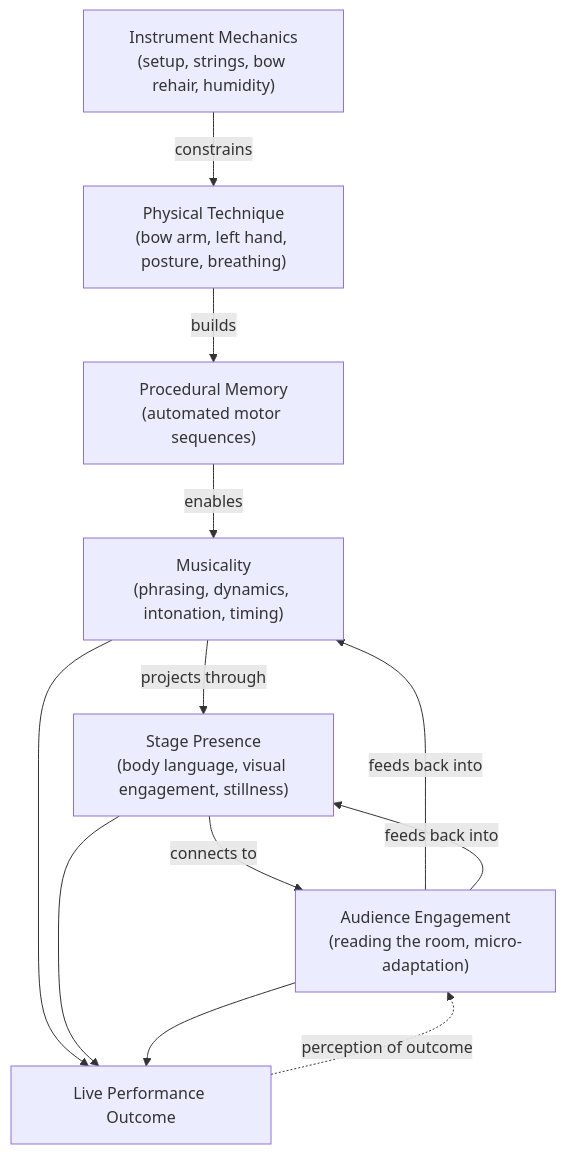
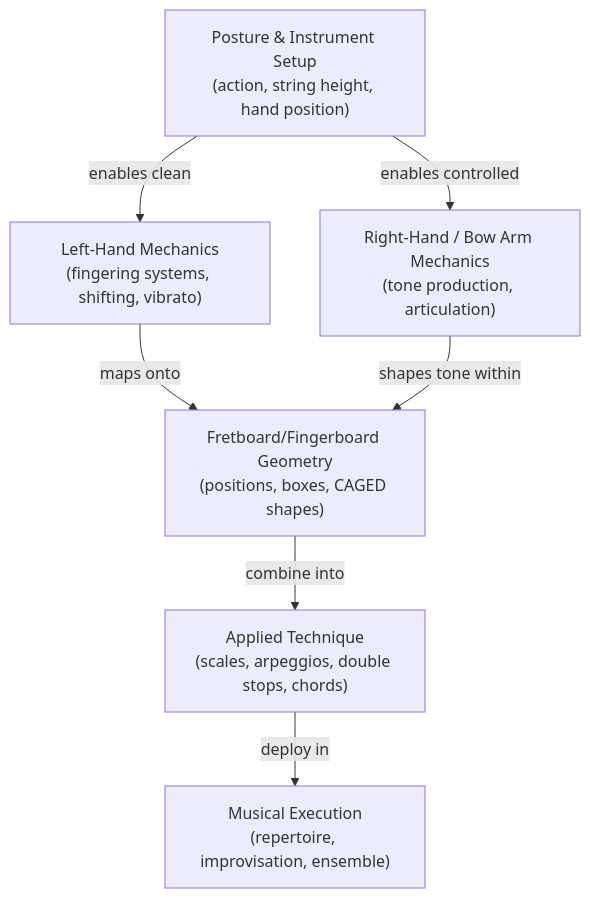
Before and after one commit to blebleblee/synapse: the diagram in topics/arts/music_performance/strings/lesson_04_performance_skills.md, drawn with Mermaid. The commit also changed other lines of this file and 4 other files, not shown here.

````diff
--- a/topics/arts/music_performance/strings/lesson_04_performance_skills.md
+++ b/topics/arts/music_performance/strings/lesson_04_performance_skills.md
@@ -42,22 +19,16 @@
 ```mermaid
 graph TD
-    A["Instrument Mechanics\n(setup, strings, bow rehair, humidity)"]
-    B["Physical Technique\n(bow arm, left hand, posture, breathing)"]
-    C["Procedural Memory\n(automated motor sequences)"]
-    D["Musicality\n(phrasing, dynamics, intonation, timing)"]
-    E["Stage Presence\n(body language, visual engagement, stillness)"]
-    F["Audience Engagement\n(reading the room, micro-adaptation)"]
-    G["Live Performance Outcome"]
+    A["Posture & Instrument Setup\n(action, string height, hand position)"]
+    B["Left-Hand Mechanics\n(fingering systems, shifting, vibrato)"]
+    C["Right-Hand / Bow Arm Mechanics\n(tone production, articulation)"]
+    D["Fretboard/Fingerboard Geometry\n(positions, boxes, CAGED shapes)"]
+    E["Applied Technique\n(scales, arpeggios, double stops, chords)"]
+    F["Musical Execution\n(repertoire, improvisation, ensemble)"]
 
-    A -->|"constrains"| B
-    B -->|"builds"| C
-    C -->|"enables"| D
-    D -->|"projects through"| E
-    E -->|"connects to"| F
-    F -->|"feeds back into"| D
-    F -->|"feeds back into"| E
-    G -.->|"perception of outcome"| F
-    D --> G
-    E --> G
-    F --> G
+    A -->|"enables clean"| B
+    A -->|"enables controlled"| C
+    B -->|"maps onto"| D
+    C -->|"shapes tone within"| D
+    D -->|"combine into"| E
+    E -->|"deploy in"| F
 ```
````
